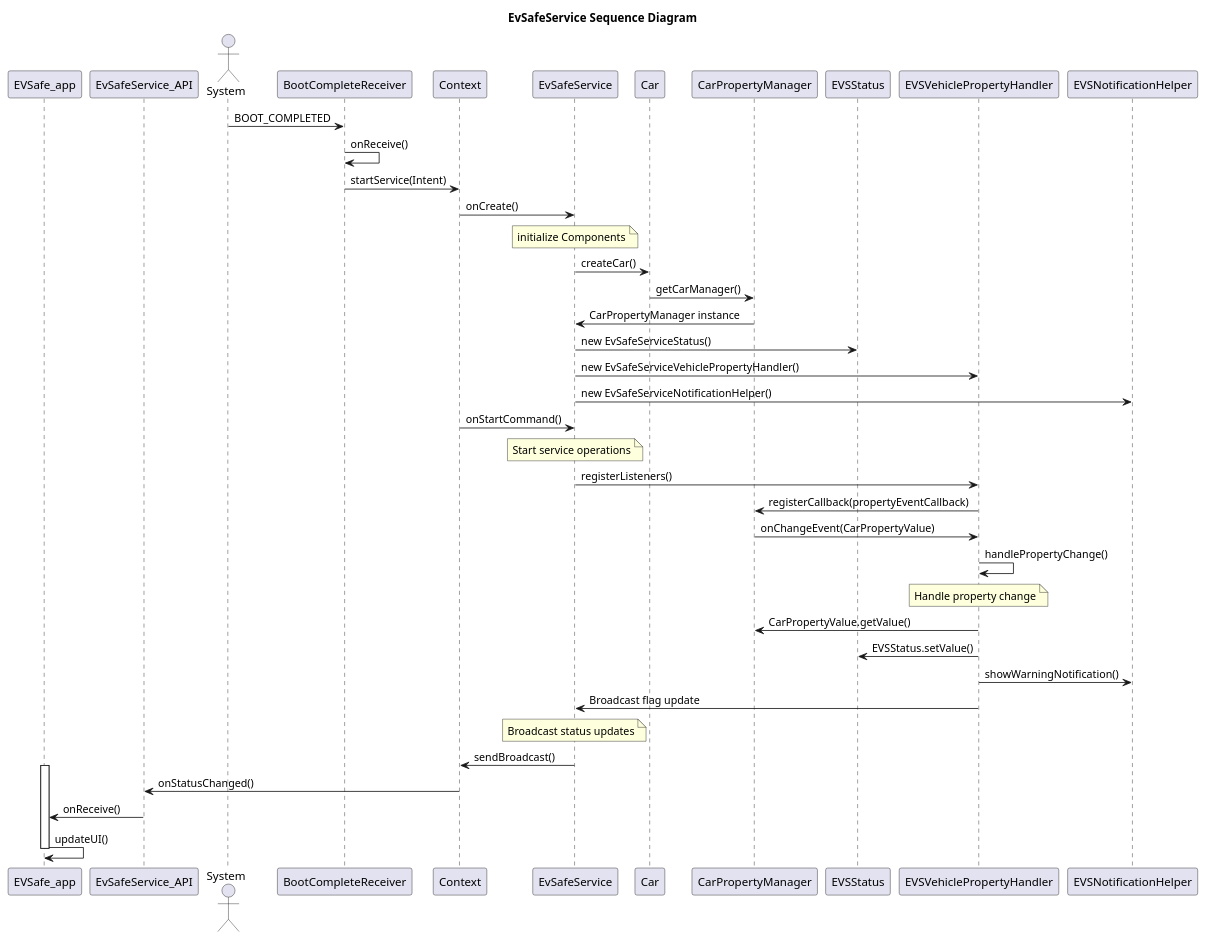
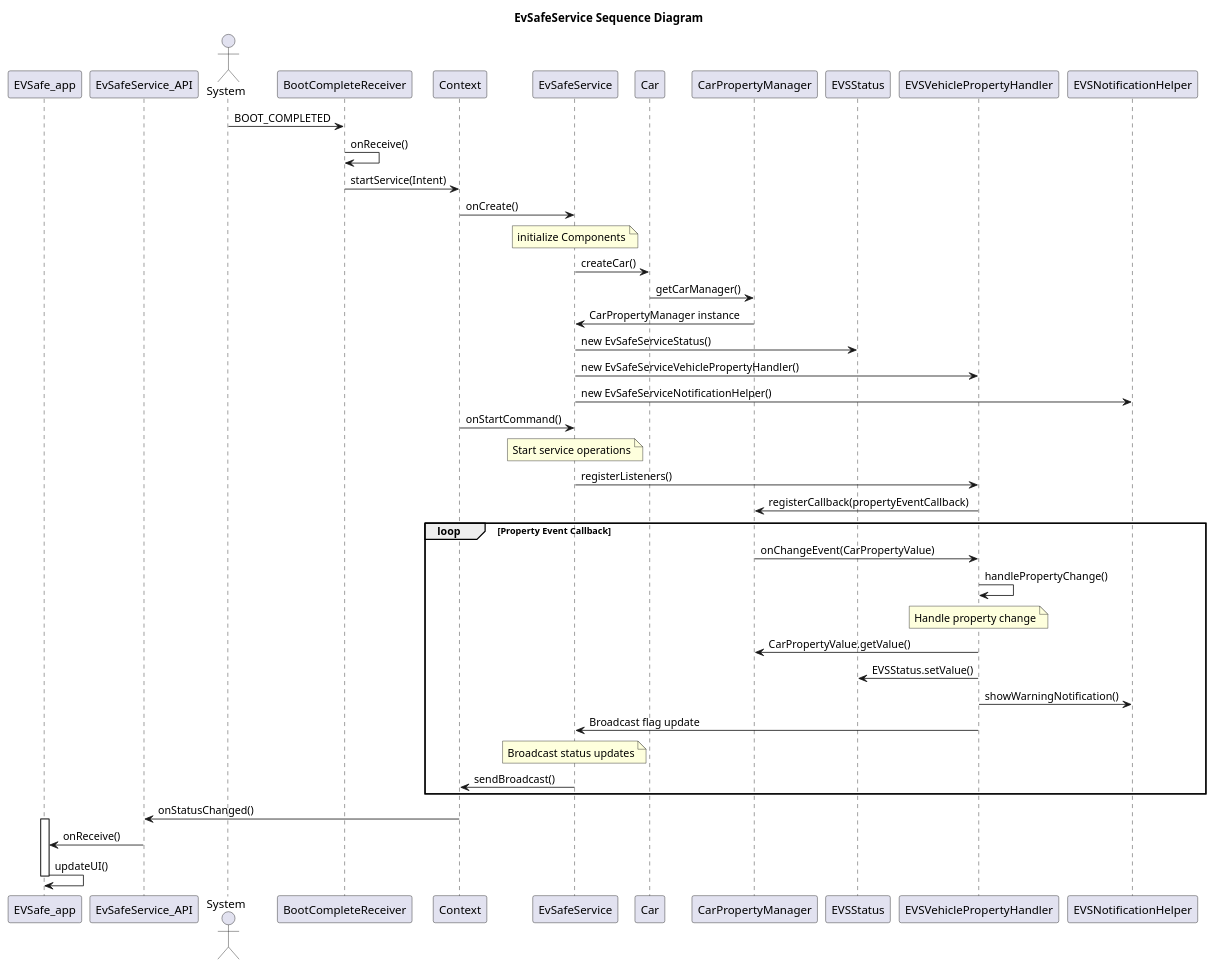
The diagram in aaos/packages/services/Car/service/src/com/android/car/evsafeservice/sequneceDiagram.puml (ck0228/StartAndroid), drawn with PlantUML before and after one commit.

```diff
--- a/aaos/packages/services/Car/service/src/com/android/car/evsafeservice/sequneceDiagram.puml
+++ b/aaos/packages/services/Car/service/src/com/android/car/evsafeservice/sequneceDiagram.puml
@@ -1,48 +1,50 @@
 @startuml
 title EvSafeService Sequence Diagram
 
 participant EVSafe_app
 participant EvSafeService_API
 actor System
 participant BootCompleteReceiver
 participant Context
 participant EvSafeService
 participant Car
 participant CarPropertyManager
 participant EVSStatus
 participant EVSVehiclePropertyHandler
 participant EVSNotificationHelper
-
 
 System -> BootCompleteReceiver: BOOT_COMPLETED
 BootCompleteReceiver -> BootCompleteReceiver: onReceive()
 BootCompleteReceiver -> Context: startService(Intent)
 Context -> EvSafeService: onCreate()
 note over EvSafeService: initialize Components
 EvSafeService -> Car: createCar()
 Car -> CarPropertyManager: getCarManager()
 CarPropertyManager -> EvSafeService: CarPropertyManager instance
 EvSafeService -> EVSStatus: new EvSafeServiceStatus()
 EvSafeService -> EVSVehiclePropertyHandler: new EvSafeServiceVehiclePropertyHandler()
 EvSafeService -> EVSNotificationHelper: new EvSafeServiceNotificationHelper()
 
 Context -> EvSafeService: onStartCommand()
 note over EvSafeService: Start service operations
 EvSafeService -> EVSVehiclePropertyHandler: registerListeners()
 EVSVehiclePropertyHandler -> CarPropertyManager: registerCallback(propertyEventCallback)
-CarPropertyManager -> EVSVehiclePropertyHandler: onChangeEvent(CarPropertyValue)
-EVSVehiclePropertyHandler -> EVSVehiclePropertyHandler: handlePropertyChange()
-note over EVSVehiclePropertyHandler: Handle property change
-EVSVehiclePropertyHandler -> CarPropertyManager: CarPropertyValue.getValue()
-EVSVehiclePropertyHandler -> EVSStatus: EVSStatus.setValue()
-EVSVehiclePropertyHandler -> EVSNotificationHelper: showWarningNotification()
-EVSVehiclePropertyHandler -> EvSafeService: Broadcast flag update
-note over EvSafeService: Broadcast status updates
-EvSafeService -> Context: sendBroadcast()
+
+loop Property Event Callback
+    CarPropertyManager -> EVSVehiclePropertyHandler: onChangeEvent(CarPropertyValue)
+    EVSVehiclePropertyHandler -> EVSVehiclePropertyHandler: handlePropertyChange()
+    note over EVSVehiclePropertyHandler: Handle property change
+    EVSVehiclePropertyHandler -> CarPropertyManager: CarPropertyValue.getValue()
+    EVSVehiclePropertyHandler -> EVSStatus: EVSStatus.setValue()
+    EVSVehiclePropertyHandler -> EVSNotificationHelper: showWarningNotification()
+    EVSVehiclePropertyHandler -> EvSafeService: Broadcast flag update
+    note over EvSafeService: Broadcast status updates
+    EvSafeService -> Context: sendBroadcast()
+end
+Context -> EvSafeService_API: onStatusChanged()
 activate EVSafe_app
-Context -> EvSafeService_API: onStatusChanged()
 EvSafeService_API -> EVSafe_app: onReceive()
 EVSafe_app -> EVSafe_app: updateUI()
 deactivate EVSafe_app
 
 @enduml
```
